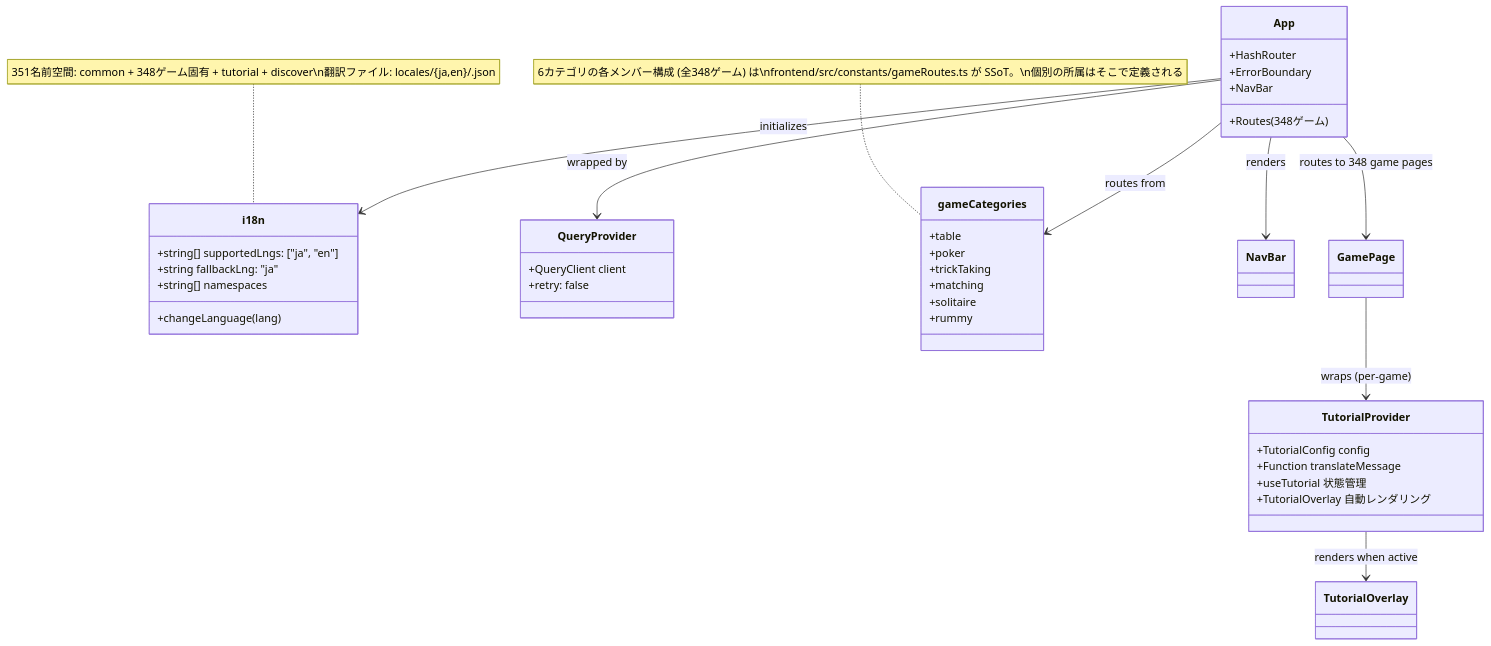
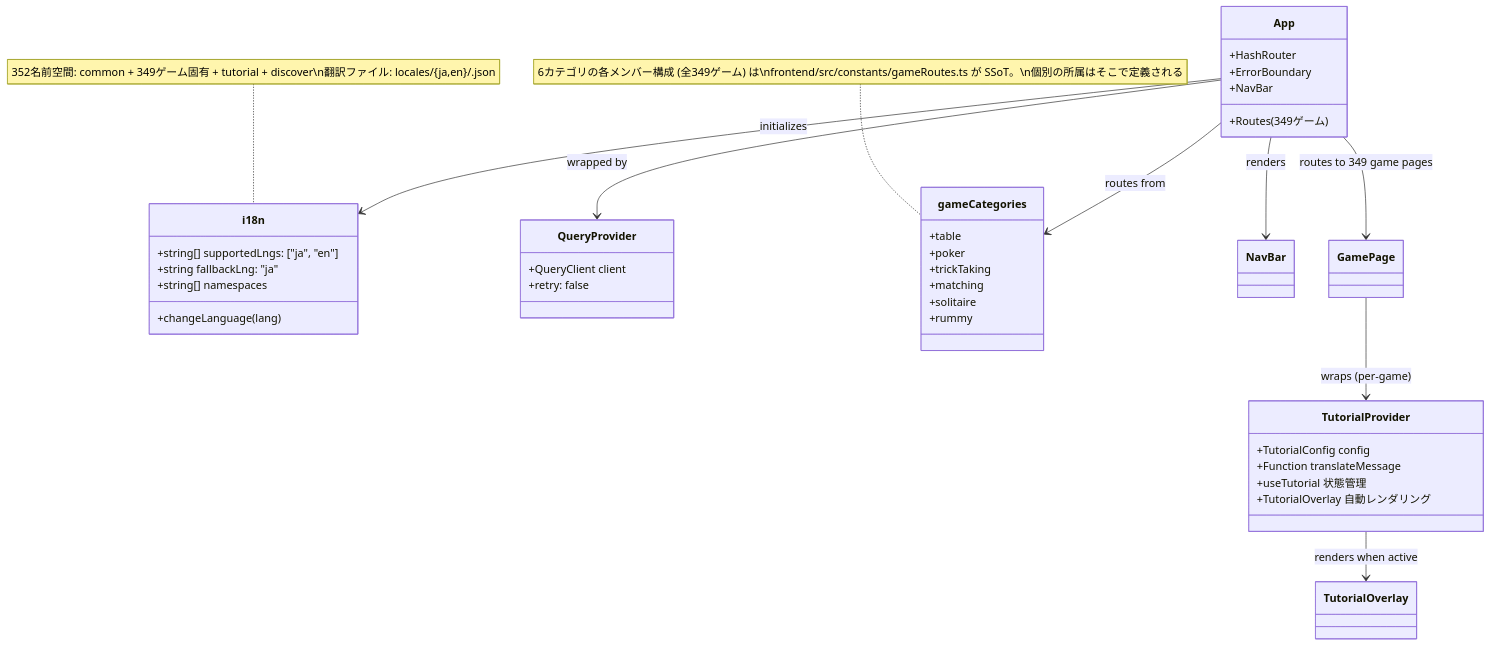
One commit to yuta-yoshinaga/go_trumpcards changed the ninth of 49 diagrams in docs/design/frontend.md. Above: the diagram before and after it, drawn with Mermaid. The commit also changed other lines of this file and 61 other files, not shown here.

````diff
--- a/docs/design/frontend.md
+++ b/docs/design/frontend.md
@@ -1874,48 +1874,48 @@
 ```mermaid
 classDiagram
     class i18n {
         +string[] supportedLngs: ["ja", "en"]
         +string fallbackLng: "ja"
         +string[] namespaces
         +changeLanguage(lang)
     }
 
     class QueryProvider {
         +QueryClient client
         +retry: false
     }
 
     class App {
         +HashRouter
         +ErrorBoundary
         +NavBar
-        +Routes (348ゲーム)
+        +Routes (349ゲーム)
     }
 
     class gameCategories {
         +table
         +poker
         +trickTaking
         +matching
         +solitaire
         +rummy
     }
-    note for gameCategories "6カテゴリの各メンバー構成 (全348ゲーム) は\nfrontend/src/constants/gameRoutes.ts が SSoT。\n個別の所属はそこで定義される"
+    note for gameCategories "6カテゴリの各メンバー構成 (全349ゲーム) は\nfrontend/src/constants/gameRoutes.ts が SSoT。\n個別の所属はそこで定義される"
 
     class TutorialProvider {
         +TutorialConfig config
         +Function translateMessage
         +useTutorial 状態管理
         +TutorialOverlay 自動レンダリング
     }
 
     App --> QueryProvider : wrapped by
     App --> i18n : initializes
     App --> gameCategories : routes from
     App --> NavBar : renders
-    App --> GamePage : routes to 348 game pages
+    App --> GamePage : routes to 349 game pages
     GamePage --> TutorialProvider : wraps (per-game)
     TutorialProvider --> TutorialOverlay : renders when active
 
-    note for i18n "351名前空間: common + 348ゲーム固有 + tutorial + discover\n翻訳ファイル: locales/{ja,en}/<game>.json"
+    note for i18n "352名前空間: common + 349ゲーム固有 + tutorial + discover\n翻訳ファイル: locales/{ja,en}/<game>.json"
 ```
````
